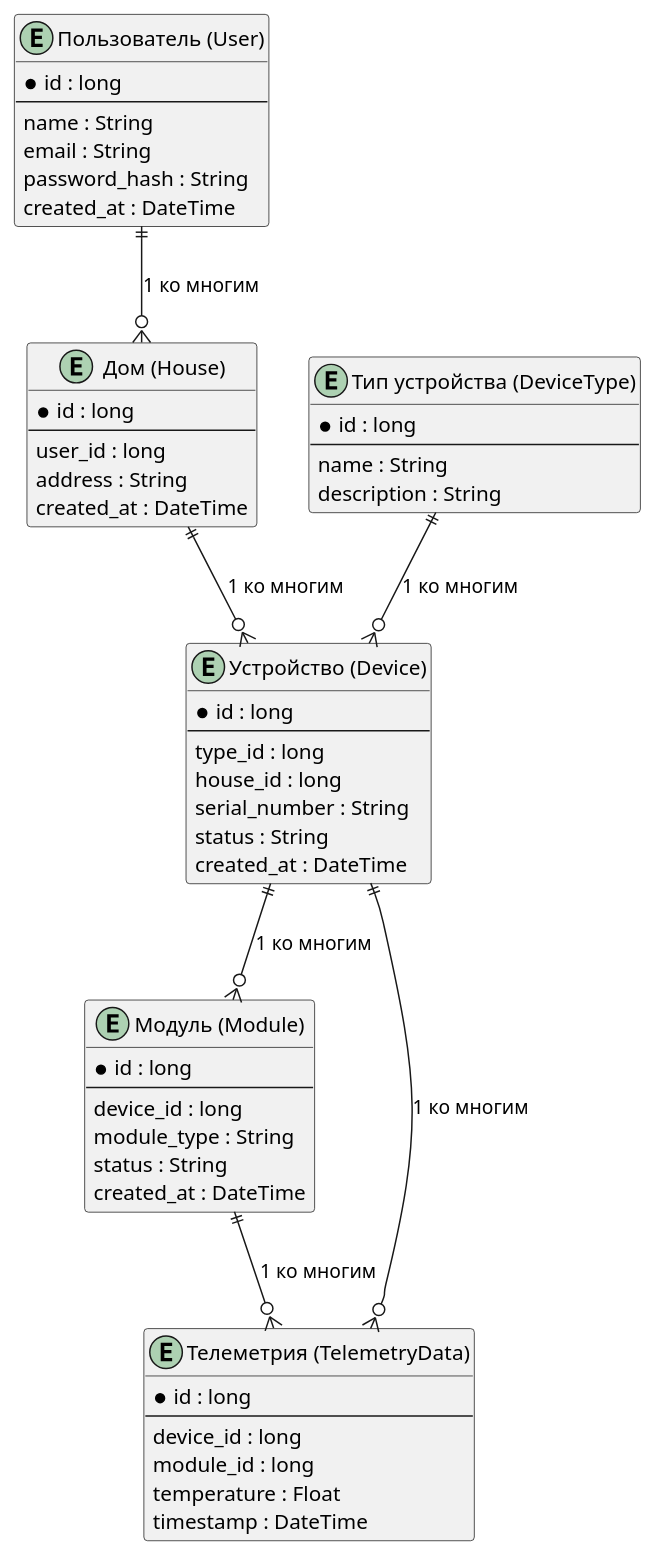
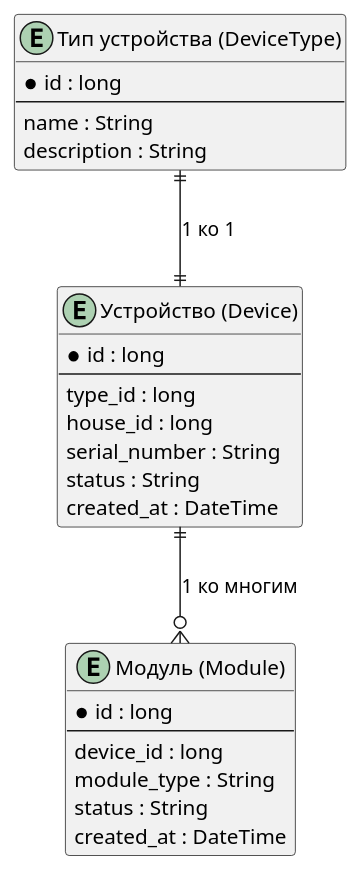
Before and after one commit to shdwIsaac/architecture-sprint-3: the second of 3 diagrams in docs/docs/architecture/er.md, drawn with PlantUML. The commit also changed other lines of this file and 8 other files, not shown here.

````diff
--- a/docs/docs/architecture/er.md
+++ b/docs/docs/architecture/er.md
@@ -65,62 +94,33 @@
 ```puml
 @startuml
-entity "Пользователь (User)" as user {
-*id : long
---
-name : String
-email : String
-password_hash : String
-created_at : DateTime
-}
-
-entity "Дом (House)" as house {
-*id : long
---
-user_id : long
-address : String
-created_at : DateTime
-}
-
 entity "Устройство (Device)" as device {
 *id : long
 --
 type_id : long
 house_id : long
 serial_number : String
 status : String
 created_at : DateTime
 }
 
 entity "Тип устройства (DeviceType)" as devicetype {
 *id : long
 --
 name : String
 description : String
 }
 
 entity "Модуль (Module)" as module {
 *id : long
 --
 device_id : long
 module_type : String
 status : String
 created_at : DateTime
 }
 
-entity "Телеметрия (TelemetryData)" as telemetry {
-*id : long
---
-device_id : long
-module_id : long
-temperature : Float
-timestamp : DateTime
-}
+device ||--o{ module : "1 ко многим"
+devicetype ||--|| device : "1 ко 1"
 
-user ||--o{ house : "1 ко многим"
-house ||--o{ device : "1 ко многим"
-device ||--o{ module : "1 ко многим"
-devicetype ||--o{ device : "1 ко многим"
-device ||--o{ telemetry : "1 ко многим"
-module ||--o{ telemetry : "1 ко многим"
 @enduml
 ```
````
